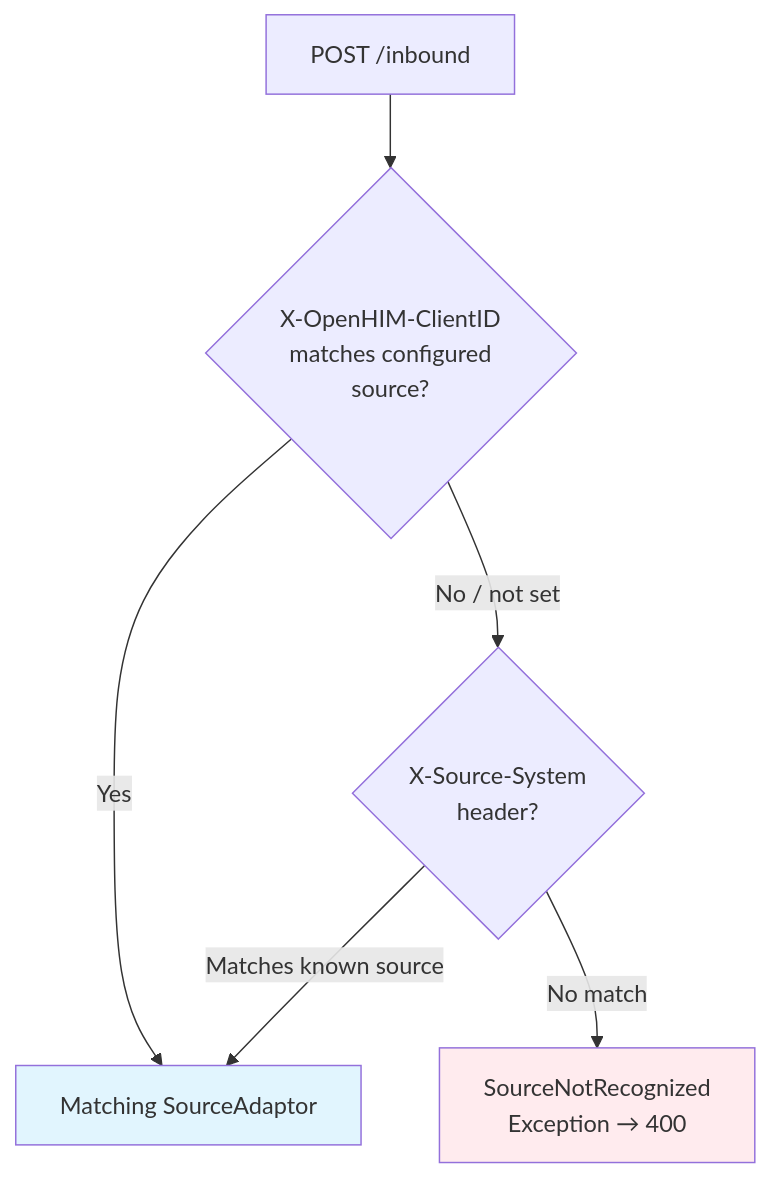
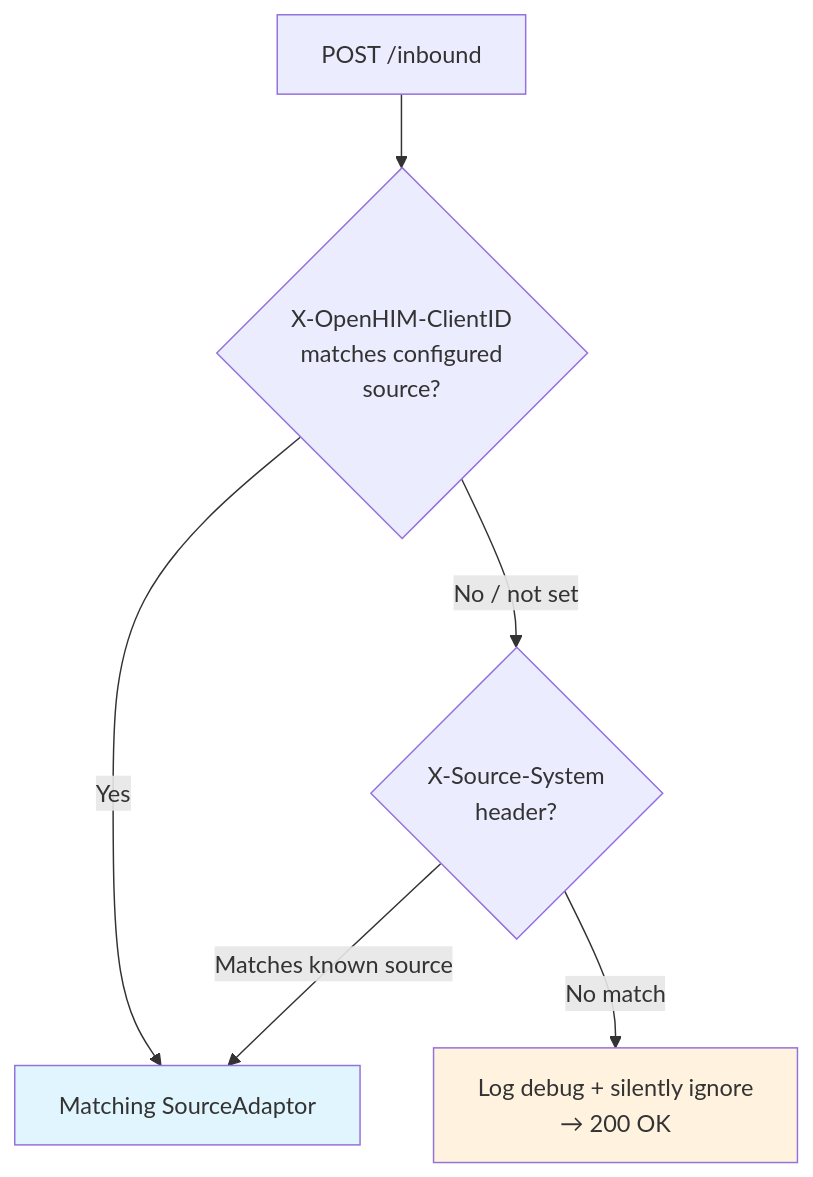
The third of 8 diagrams in docs/flow-diagrams.md (Jayaprakash8887/openhim-cce-emitter-adaptor), drawn with Mermaid before and after one commit. The commit also changed other lines of this file and 2 other files, not shown here.

Commit message:
Feat #CCE-83: Removal of SourceNotRecognized exception

````diff
--- a/docs/flow-diagrams.md
+++ b/docs/flow-diagrams.md
@@ -96,13 +96,13 @@
 ```mermaid
 flowchart TD
     A[POST /inbound] --> B{X-OpenHIM-ClientID<br/>matches configured<br/>source?}
 
     B -->|Yes| C[Matching SourceAdaptor]
     B -->|No / not set| G{X-Source-System<br/>header?}
 
     G -->|Matches known source| C
-    G -->|No match| J[SourceNotRecognized<br/>Exception → 400]
+    G -->|No match| J[Log debug + silently ignore<br/>→ 200 OK]
 
     style C fill:#e1f5fe
-    style J fill:#ffebee
+    style J fill:#fff3e0
 ```
````
